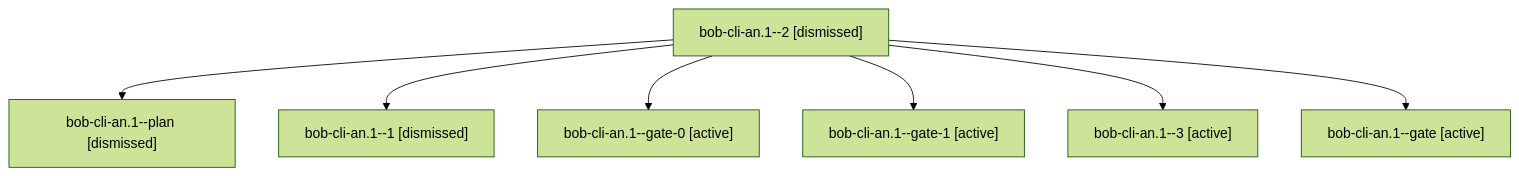
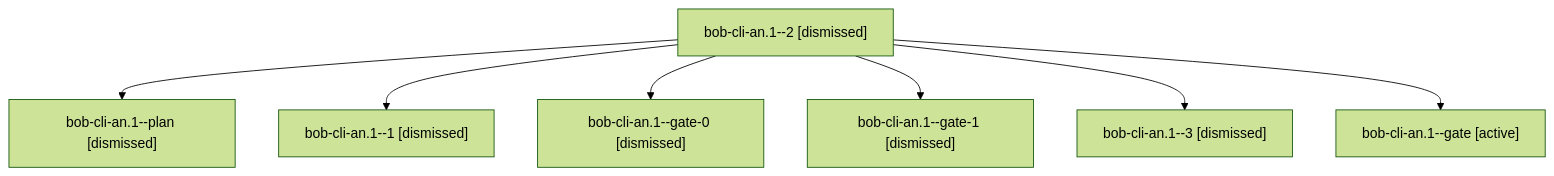
One commit to bobs-org/bob-cli--agents changed the diagram in sessions/bbugyi200.athena.bob-cli-an.1.md. Above: the diagram before and after it, drawn with Mermaid (forest theme). The commit also changed other lines of this file and 553 other files, not shown here.

````diff
--- a/sessions/bbugyi200.athena.bob-cli-an.1.md
+++ b/sessions/bbugyi200.athena.bob-cli-an.1.md
@@ -9,16 +9,16 @@
 ```mermaid
 flowchart TD
   n0["bob-cli-an.1--2 [dismissed]"]
   n1["bob-cli-an.1--plan [dismissed]"]
   n0 --> n1
   n2["bob-cli-an.1--1 [dismissed]"]
   n0 --> n2
-  n3["bob-cli-an.1--gate-0 [active]"]
+  n3["bob-cli-an.1--gate-0 [dismissed]"]
   n0 --> n3
-  n4["bob-cli-an.1--gate-1 [active]"]
+  n4["bob-cli-an.1--gate-1 [dismissed]"]
   n0 --> n4
-  n5["bob-cli-an.1--3 [active]"]
+  n5["bob-cli-an.1--3 [dismissed]"]
   n0 --> n5
   n6["bob-cli-an.1--gate [active]"]
   n0 --> n6
 ```
````
